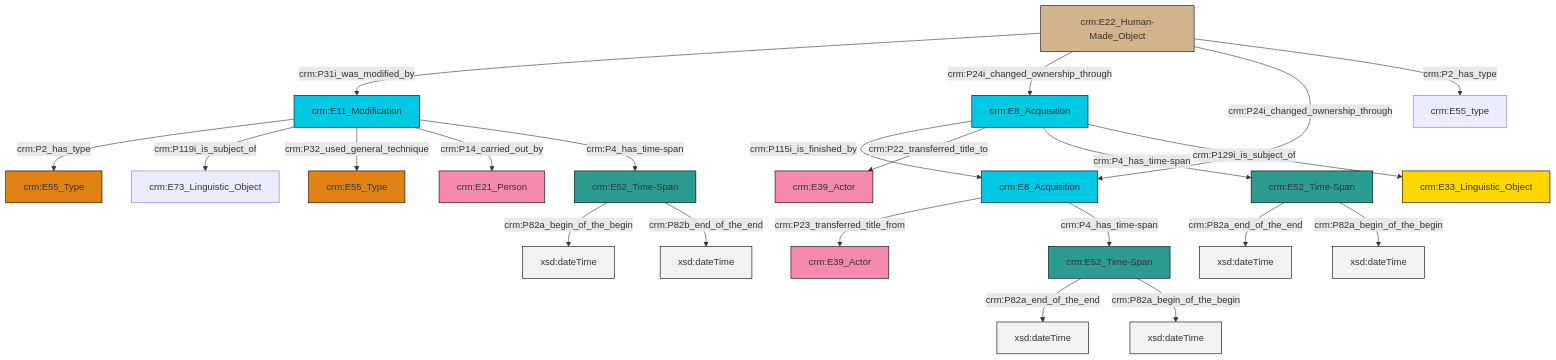
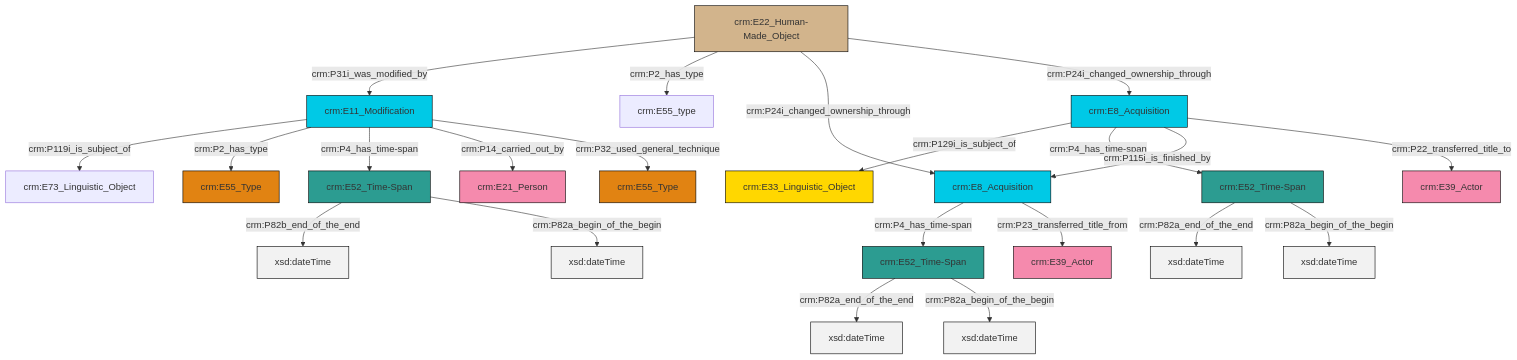
The diagram in et/artworkCSV/ttl/mmd/Artwork_Events.ttl.mmd (swiss-art-research-net/reference-data-models), drawn with Mermaid before and after one commit. The commit also changed 122 other files, not shown here.

```diff
--- a/et/artworkCSV/ttl/mmd/Artwork_Events.ttl.mmd
+++ b/et/artworkCSV/ttl/mmd/Artwork_Events.ttl.mmd
@@ -1,36 +1,36 @@
 graph TD
 classDef Literal fill:#f2f2f2,stroke:#000000;
 classDef CRM_Entity fill:#FFFFFF,stroke:#000000;
 classDef Temporal_Entity fill:#00C9E6, stroke:#000000;
 classDef Type fill:#E18312, stroke:#000000;
 classDef Time-Span fill:#2C9C91, stroke:#000000;
 classDef Appellation fill:#FFEB7F, stroke:#000000;
 classDef Place fill:#008836, stroke:#000000;
 classDef Persistent_Item fill:#B266B2, stroke:#000000;
 classDef Conceptual_Object fill:#FFD700, stroke:#000000;
 classDef Physical_Thing fill:#D2B48C, stroke:#000000;
 classDef Actor fill:#f58aad, stroke:#000000;
 classDef PC_Classes fill:#4ce600, stroke:#000000;
 classDef Multi fill:#cccccc,stroke:#000000;
 
-2["crm:E22_Human-Made_Object"]:::Physical_Thing -->|crm:P31i_was_modified_by| 3["crm:E11_Modification"]:::Temporal_Entity
-4["crm:E8_Acquisition"]:::Temporal_Entity -->|crm:P115i_is_finished_by| 5["crm:E8_Acquisition"]:::Temporal_Entity
-3["crm:E11_Modification"]:::Temporal_Entity -->|crm:P2_has_type| 6["crm:E55_Type"]:::Type
-7["crm:E52_Time-Span"]:::Time-Span -->|crm:P82a_end_of_the_end| 8[xsd:dateTime]:::Literal
-3["crm:E11_Modification"]:::Temporal_Entity -->|crm:P119i_is_subject_of| 9["crm:E73_Linguistic_Object"]:::Default
-4["crm:E8_Acquisition"]:::Temporal_Entity -->|crm:P22_transferred_title_to| 10["crm:E39_Actor"]:::Actor
-3["crm:E11_Modification"]:::Temporal_Entity -->|crm:P32_used_general_technique| 11["crm:E55_Type"]:::Type
-3["crm:E11_Modification"]:::Temporal_Entity -->|crm:P14_carried_out_by| 12["crm:E21_Person"]:::Actor
-14["crm:E52_Time-Span"]:::Time-Span -->|crm:P82a_begin_of_the_begin| 15[xsd:dateTime]:::Literal
-14["crm:E52_Time-Span"]:::Time-Span -->|crm:P82b_end_of_the_end| 16[xsd:dateTime]:::Literal
-18["crm:E52_Time-Span"]:::Time-Span -->|crm:P82a_end_of_the_end| 19[xsd:dateTime]:::Literal
-4["crm:E8_Acquisition"]:::Temporal_Entity -->|crm:P4_has_time-span| 7["crm:E52_Time-Span"]:::Time-Span
-2["crm:E22_Human-Made_Object"]:::Physical_Thing -->|crm:P24i_changed_ownership_through| 4["crm:E8_Acquisition"]:::Temporal_Entity
-4["crm:E8_Acquisition"]:::Temporal_Entity -->|crm:P129i_is_subject_of| 0["crm:E33_Linguistic_Object"]:::Conceptual_Object
-5["crm:E8_Acquisition"]:::Temporal_Entity -->|crm:P23_transferred_title_from| 22["crm:E39_Actor"]:::Actor
-7["crm:E52_Time-Span"]:::Time-Span -->|crm:P82a_begin_of_the_begin| 31[xsd:dateTime]:::Literal
-2["crm:E22_Human-Made_Object"]:::Physical_Thing -->|crm:P24i_changed_ownership_through| 5["crm:E8_Acquisition"]:::Temporal_Entity
-3["crm:E11_Modification"]:::Temporal_Entity -->|crm:P4_has_time-span| 14["crm:E52_Time-Span"]:::Time-Span
-18["crm:E52_Time-Span"]:::Time-Span -->|crm:P82a_begin_of_the_begin| 35[xsd:dateTime]:::Literal
-5["crm:E8_Acquisition"]:::Temporal_Entity -->|crm:P4_has_time-span| 18["crm:E52_Time-Span"]:::Time-Span
-2["crm:E22_Human-Made_Object"]:::Physical_Thing -->|crm:P2_has_type| 27["crm:E55_type"]:::Default
+8["crm:E8_Acquisition"]:::Temporal_Entity -->|crm:P129i_is_subject_of| 2["crm:E33_Linguistic_Object"]:::Conceptual_Object
+8["crm:E8_Acquisition"]:::Temporal_Entity -->|crm:P4_has_time-span| 0["crm:E52_Time-Span"]:::Time-Span
+9["crm:E8_Acquisition"]:::Temporal_Entity -->|crm:P4_has_time-span| 10["crm:E52_Time-Span"]:::Time-Span
+8["crm:E8_Acquisition"]:::Temporal_Entity -->|crm:P115i_is_finished_by| 9["crm:E8_Acquisition"]:::Temporal_Entity
+0["crm:E52_Time-Span"]:::Time-Span -->|crm:P82a_end_of_the_end| 13[xsd:dateTime]:::Literal
+14["crm:E11_Modification"]:::Temporal_Entity -->|crm:P119i_is_subject_of| 15["crm:E73_Linguistic_Object"]:::Default
+14["crm:E11_Modification"]:::Temporal_Entity -->|crm:P2_has_type| 18["crm:E55_Type"]:::Type
+10["crm:E52_Time-Span"]:::Time-Span -->|crm:P82a_end_of_the_end| 19[xsd:dateTime]:::Literal
+20["crm:E22_Human-Made_Object"]:::Physical_Thing -->|crm:P31i_was_modified_by| 14["crm:E11_Modification"]:::Temporal_Entity
+10["crm:E52_Time-Span"]:::Time-Span -->|crm:P82a_begin_of_the_begin| 21[xsd:dateTime]:::Literal
+20["crm:E22_Human-Made_Object"]:::Physical_Thing -->|crm:P2_has_type| 6["crm:E55_type"]:::Default
+14["crm:E11_Modification"]:::Temporal_Entity -->|crm:P4_has_time-span| 4["crm:E52_Time-Span"]:::Time-Span
+20["crm:E22_Human-Made_Object"]:::Physical_Thing -->|crm:P24i_changed_ownership_through| 9["crm:E8_Acquisition"]:::Temporal_Entity
+8["crm:E8_Acquisition"]:::Temporal_Entity -->|crm:P22_transferred_title_to| 29["crm:E39_Actor"]:::Actor
+4["crm:E52_Time-Span"]:::Time-Span -->|crm:P82b_end_of_the_end| 31[xsd:dateTime]:::Literal
+9["crm:E8_Acquisition"]:::Temporal_Entity -->|crm:P23_transferred_title_from| 11["crm:E39_Actor"]:::Actor
+14["crm:E11_Modification"]:::Temporal_Entity -->|crm:P14_carried_out_by| 27["crm:E21_Person"]:::Actor
+14["crm:E11_Modification"]:::Temporal_Entity -->|crm:P32_used_general_technique| 16["crm:E55_Type"]:::Type
+4["crm:E52_Time-Span"]:::Time-Span -->|crm:P82a_begin_of_the_begin| 34[xsd:dateTime]:::Literal
+0["crm:E52_Time-Span"]:::Time-Span -->|crm:P82a_begin_of_the_begin| 35[xsd:dateTime]:::Literal
+20["crm:E22_Human-Made_Object"]:::Physical_Thing -->|crm:P24i_changed_ownership_through| 8["crm:E8_Acquisition"]:::Temporal_Entity
```
